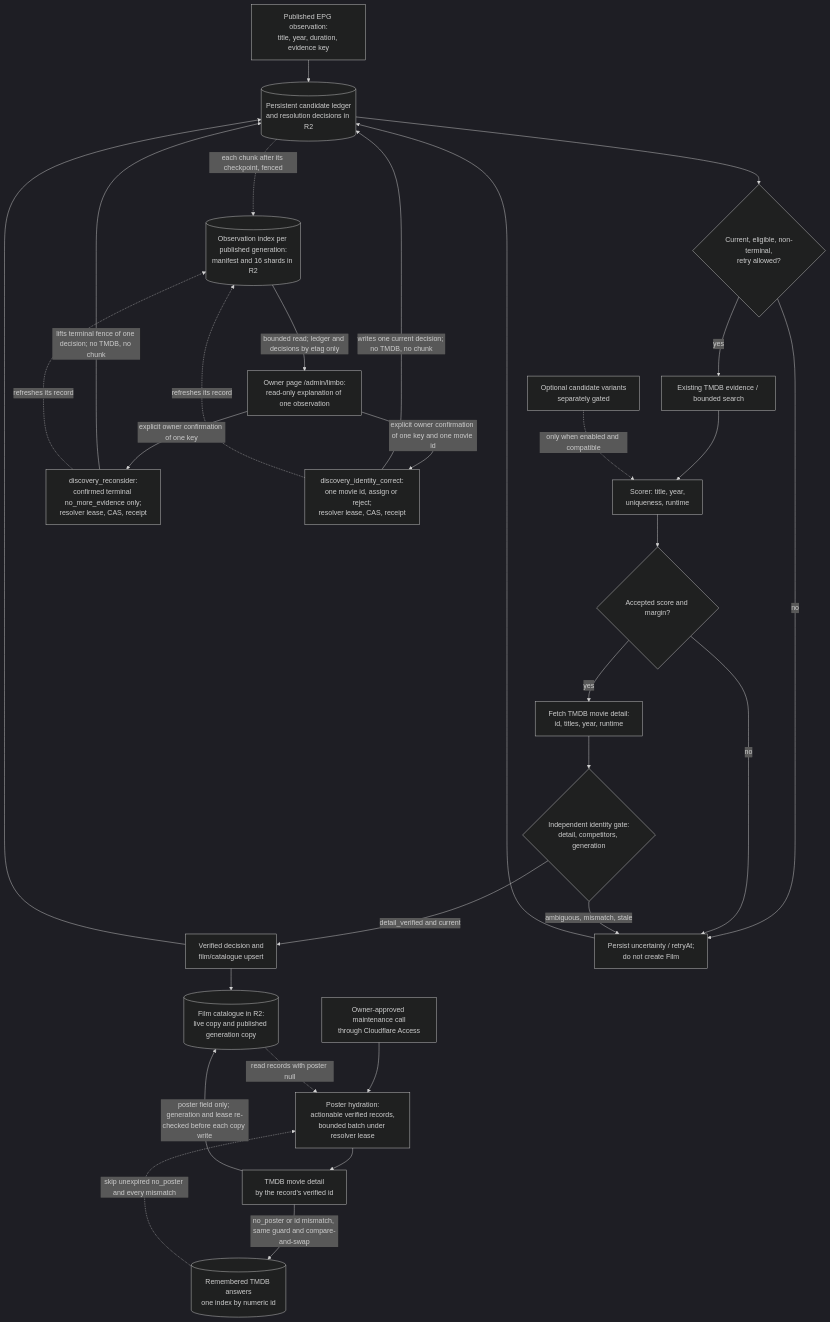
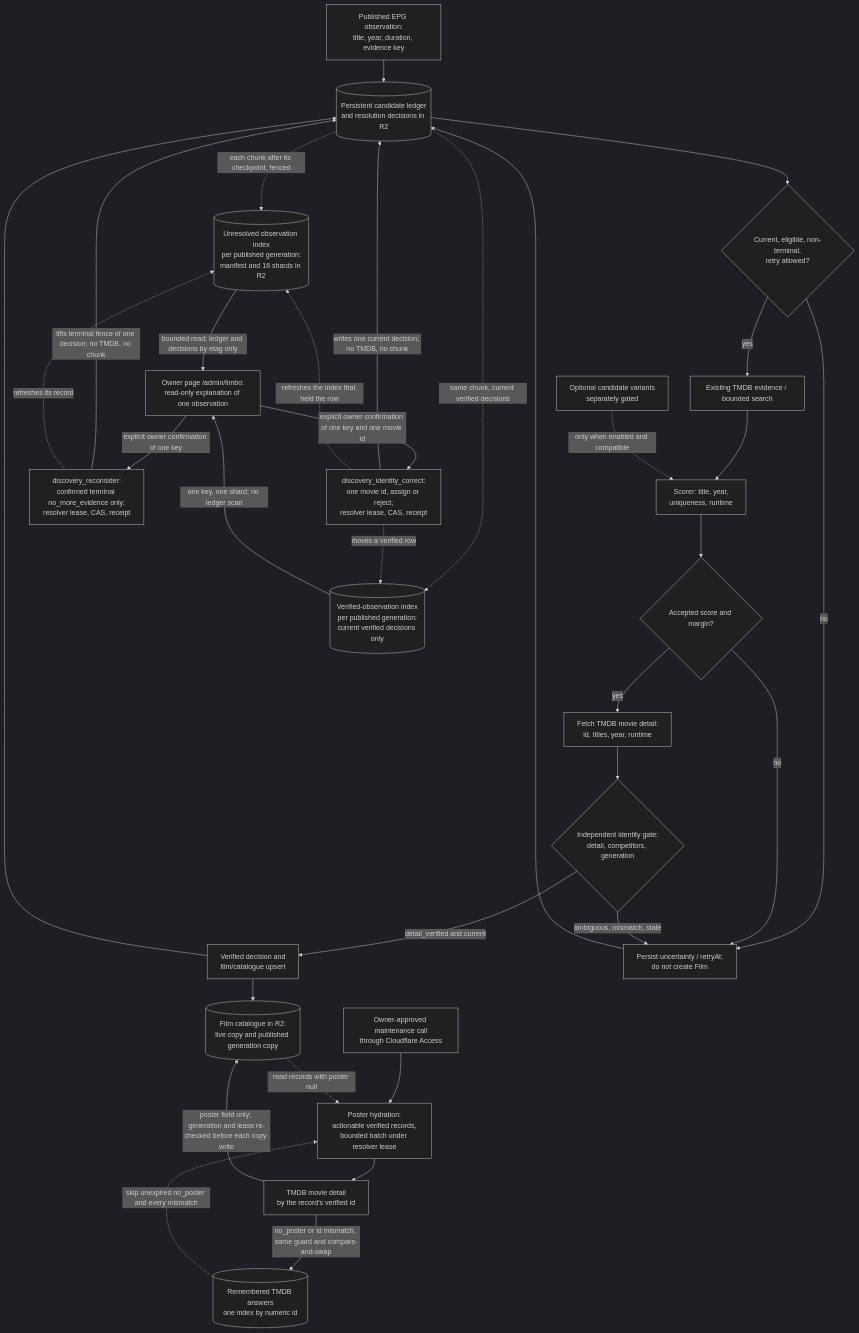
The diagram in docs/architecture/discovery-and-resolution.md (vladimino/iptv-watchlist), drawn with Mermaid (dark theme) before and after one commit. The commit also changed other lines of this file and 21 other files, not shown here.

First line of the commit message:
Keep an identity receipt reconcilable and open one verified match.

````diff
--- a/docs/architecture/discovery-and-resolution.md
+++ b/docs/architecture/discovery-and-resolution.md
@@ -5,49 +5,53 @@
 ```mermaid
 flowchart TD
     epg["Published EPG observation:<br/>title, year, duration, evidence key"]
     ledger[("Persistent candidate ledger<br/>and resolution decisions in R2")]
     eligible{"Current, eligible, non-terminal,<br/>retry allowed?"}
     search["Existing TMDB evidence / bounded search"]
     variants["Optional candidate variants<br/>separately gated"]
     scorer["Scorer: title, year,<br/>uniqueness, runtime"]
     score{"Accepted score and margin?"}
     detail["Fetch TMDB movie detail:<br/>id, titles, year, runtime"]
     gate{"Independent identity gate:<br/>detail, competitors, generation"}
     writer["Verified decision and<br/>film/catalogue upsert"]
     unresolved["Persist uncertainty / retryAt;<br/>do not create Film"]
     catalogue[("Film catalogue in R2:<br/>live copy and published generation copy")]
     owner["Owner-approved maintenance call<br/>through Cloudflare Access"]
     hydrate["Poster hydration:<br/>actionable verified records,<br/>bounded batch under resolver lease"]
     posterdetail["TMDB movie detail<br/>by the record's verified id"]
     negatives[("Remembered TMDB answers<br/>one index by numeric id")]
-    obsindex[("Observation index per published generation:<br/>manifest and 16 shards in R2")]
+    obsindex[("Unresolved observation index<br/>per published generation:<br/>manifest and 16 shards in R2")]
+    verified[("Verified-observation index<br/>per published generation:<br/>current verified decisions only")]
     ownerread["Owner page /admin/limbo:<br/>read-only explanation of one observation"]
     reconsider["discovery_reconsider:<br/>confirmed terminal no_more_evidence only;<br/>resolver lease, CAS, receipt"]
     identity["discovery_identity_correct:<br/>one movie id, assign or reject;<br/>resolver lease, CAS, receipt"]
     epg --> ledger --> eligible
     eligible -->|no| unresolved
     eligible -->|yes| search --> scorer
     variants -.->|only when enabled and compatible| scorer
     scorer --> score
     score -->|no| unresolved
     score -->|yes| detail --> gate
     gate -->|detail_verified and current| writer
     gate -->|ambiguous, mismatch, stale| unresolved
     writer --> ledger
     writer --> catalogue
     unresolved --> ledger
     owner --> hydrate
     catalogue -.->|read records with poster null| hydrate
     negatives -.->|skip unexpired no_poster and every mismatch| hydrate
     hydrate --> posterdetail
     posterdetail -->|poster field only; generation and lease re-checked before each copy write| catalogue
     posterdetail -->|no_poster or id mismatch, same guard and compare-and-swap| negatives
     ledger -.->|each chunk after its checkpoint, fenced| obsindex
+    ledger -.->|same chunk, current verified decisions| verified
     obsindex -->|bounded read; ledger and decisions by etag only| ownerread
+    verified -->|one key, one shard; no ledger scan| ownerread
     ownerread -->|explicit owner confirmation of one key| reconsider
     ownerread -->|explicit owner confirmation of one key and one movie id| identity
     reconsider -->|lifts terminal fence of one decision; no TMDB, no chunk| ledger
     identity -->|writes one current decision; no TMDB, no chunk| ledger
     reconsider -.->|refreshes its record| obsindex
-    identity -.->|refreshes its record| obsindex
+    identity -.->|refreshes the index that held the row| obsindex
+    identity -.->|moves a verified row| verified
 ```
````
